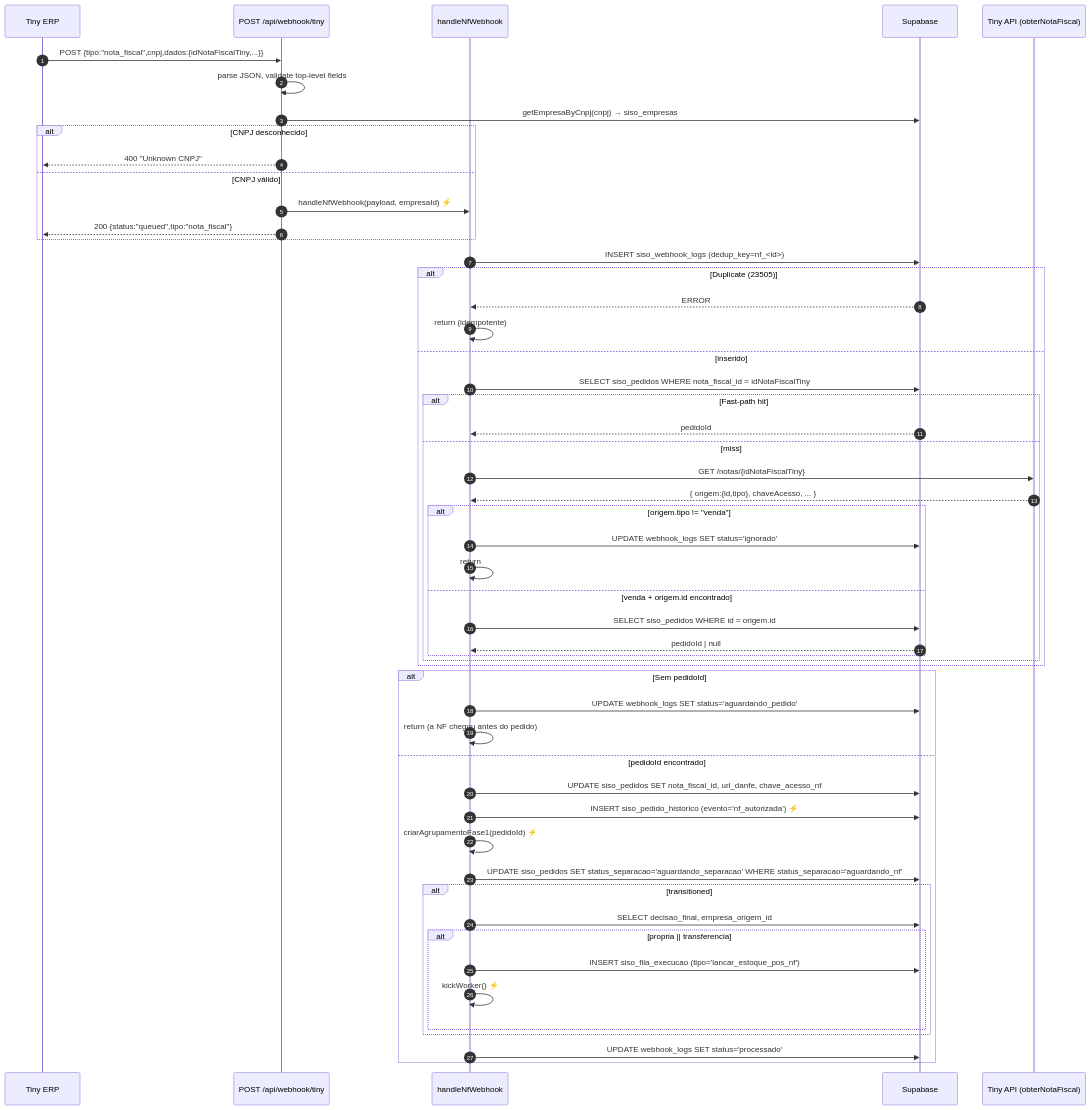
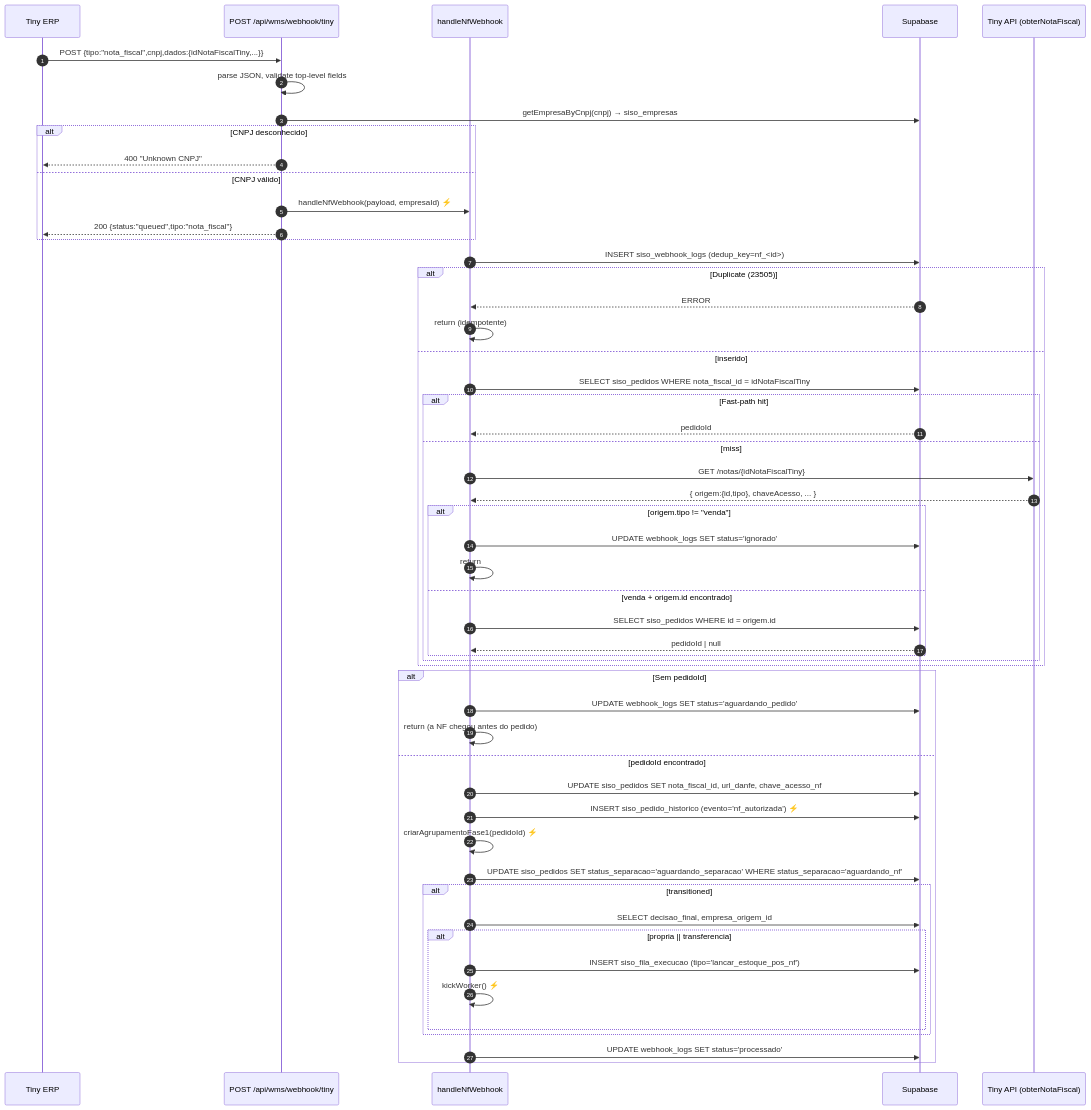
Before and after one commit to Eryk-dev/estoquelever: the first of 5 diagrams in docs/fluxos/02-webhook-nota-fiscal.md, drawn with Mermaid. The commit also changed other lines of this file and 20 other files, not shown here.

````diff
--- a/docs/fluxos/02-webhook-nota-fiscal.md
+++ b/docs/fluxos/02-webhook-nota-fiscal.md
@@ -125,58 +125,58 @@
 ```mermaid
 sequenceDiagram
     autonumber
     participant TINY as Tiny ERP
-    participant API as POST /api/webhook/tiny
+    participant API as POST /api/wms/webhook/tiny
     participant H as handleNfWebhook
     participant DB as Supabase
     participant TAPI as Tiny API (obterNotaFiscal)
 
     TINY->>API: POST {tipo:"nota_fiscal",cnpj,dados:{idNotaFiscalTiny,...}}
     API->>API: parse JSON, validate top-level fields
     API->>DB: getEmpresaByCnpj(cnpj) → siso_empresas
     alt CNPJ desconhecido
         API-->>TINY: 400 "Unknown CNPJ"
     else CNPJ válido
         API->>H: handleNfWebhook(payload, empresaId) ⚡
         API-->>TINY: 200 {status:"queued",tipo:"nota_fiscal"}
     end
 
     H->>DB: INSERT siso_webhook_logs (dedup_key=nf_<id>)
     alt Duplicate (23505)
         DB-->>H: ERROR
         H->>H: return (idempotente)
     else inserido
         H->>DB: SELECT siso_pedidos WHERE nota_fiscal_id = idNotaFiscalTiny
         alt Fast-path hit
             DB-->>H: pedidoId
         else miss
             H->>TAPI: GET /notas/{idNotaFiscalTiny}
             TAPI-->>H: { origem:{id,tipo}, chaveAcesso, ... }
             alt origem.tipo != "venda"
                 H->>DB: UPDATE webhook_logs SET status='ignorado'
                 H->>H: return
             else venda + origem.id encontrado
                 H->>DB: SELECT siso_pedidos WHERE id = origem.id
                 DB-->>H: pedidoId | null
             end
         end
     end
 
     alt Sem pedidoId
         H->>DB: UPDATE webhook_logs SET status='aguardando_pedido'
         H->>H: return (a NF chegou antes do pedido)
     else pedidoId encontrado
         H->>DB: UPDATE siso_pedidos SET nota_fiscal_id, url_danfe, chave_acesso_nf
         H->>DB: INSERT siso_pedido_historico (evento='nf_autorizada') ⚡
         H->>H: criarAgrupamentoFase1(pedidoId) ⚡
         H->>DB: UPDATE siso_pedidos SET status_separacao='aguardando_separacao' WHERE status_separacao='aguardando_nf'
         alt transitioned
             H->>DB: SELECT decisao_final, empresa_origem_id
             alt propria || transferencia
                 H->>DB: INSERT siso_fila_execucao (tipo='lancar_estoque_pos_nf')
                 H->>H: kickWorker() ⚡
             end
         end
         H->>DB: UPDATE webhook_logs SET status='processado'
     end
 ```
````
